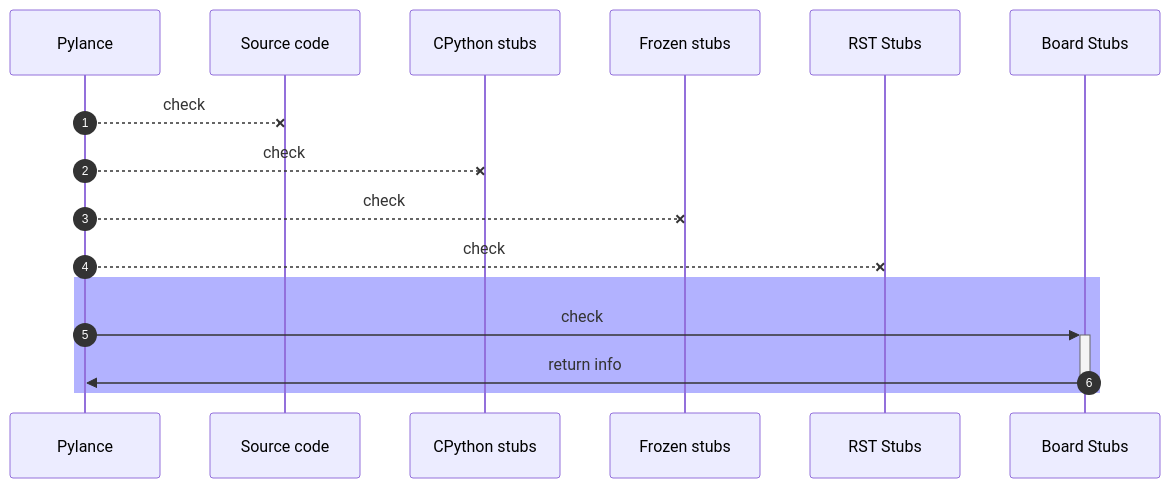
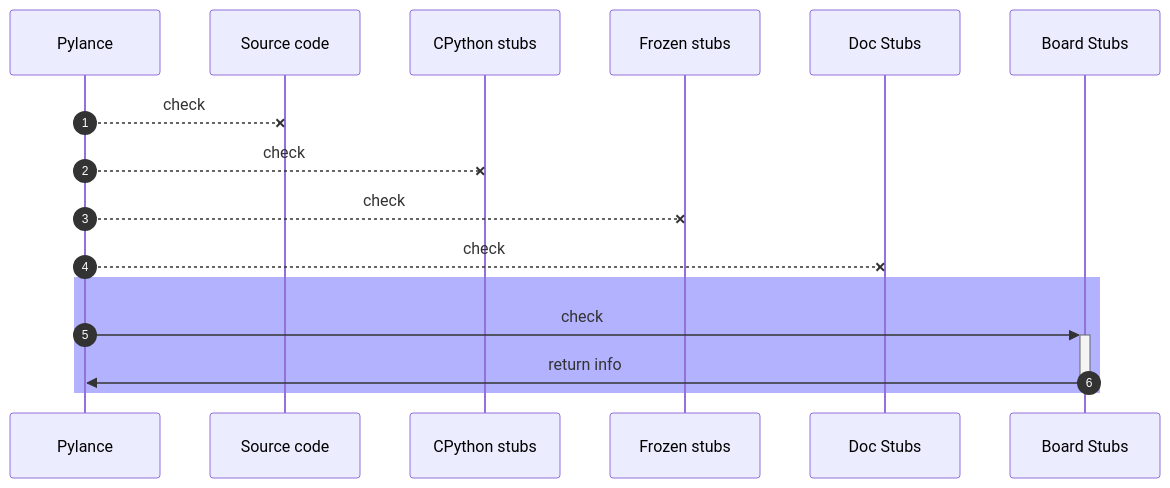
The diagram in docs/15_order.md (Josverl/micropython-stubs), drawn with Mermaid before and after one commit. The commit also changed other lines of this file, not shown here.

````diff
--- a/docs/15_order.md
+++ b/docs/15_order.md
@@ -14,13 +14,13 @@
 ```{mermaid}
 sequenceDiagram
     participant Pylance
     autonumber
     Pylance --x Source code: check 
     Pylance --x CPython stubs: check 
     Pylance --x Frozen stubs: check 
-    Pylance --x RST Stubs: check 
+    Pylance --x Doc Stubs: check 
     rect rgba(0, 0, 255, .3)
     Pylance ->>+Board Stubs: check
     Board Stubs ->>-Pylance: return info 
     end
 ```
````
